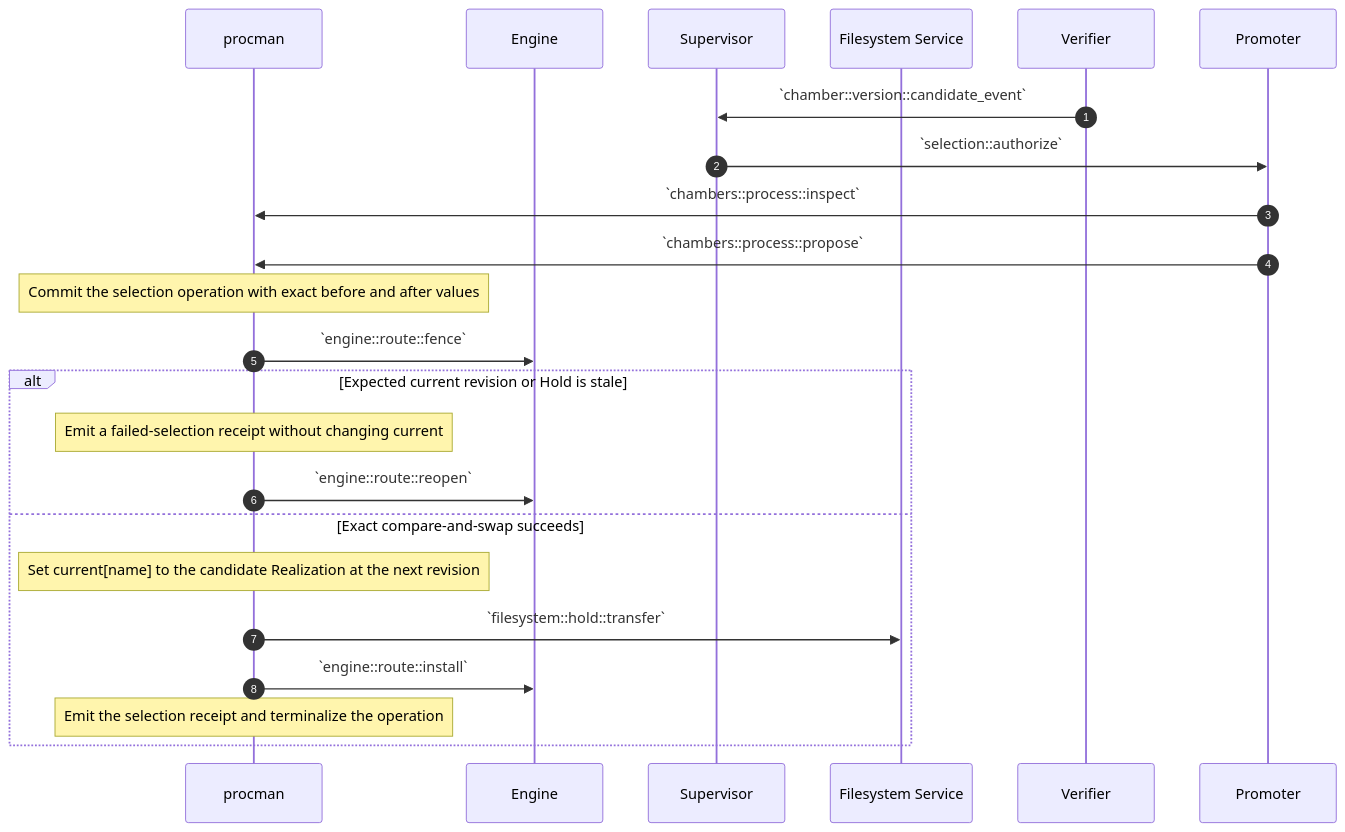
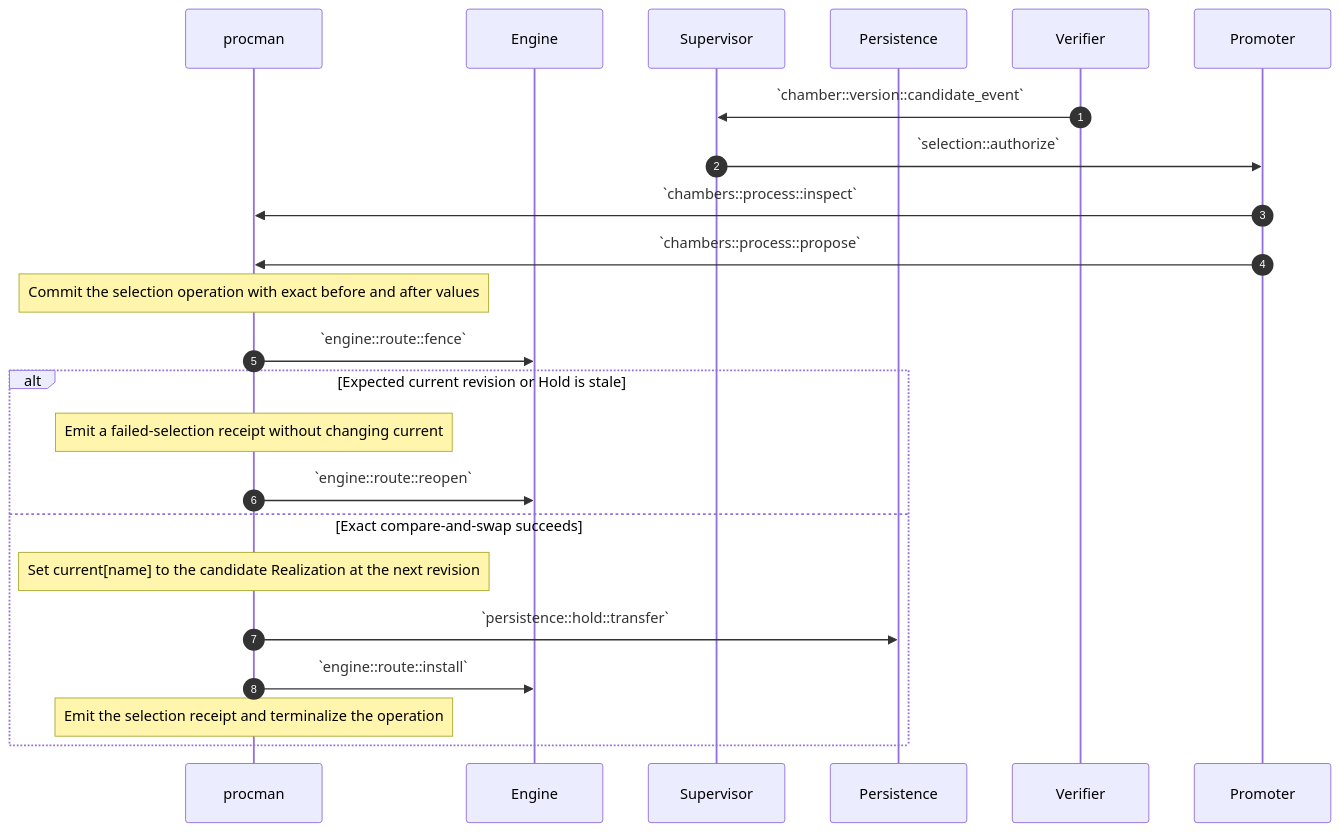
Before and after one commit to dreamcatcher-tech/chambers-lifecycle-explorer: the tenth of 12 diagrams in source/chambers-lifecycle-sequences.md, drawn with Mermaid. The commit also changed other lines of this file and 8 other files, not shown here.

````diff
--- a/source/chambers-lifecycle-sequences.md
+++ b/source/chambers-lifecycle-sequences.md
@@ -1006,29 +1114,29 @@
 ```mermaid
 sequenceDiagram
     autonumber
     participant procman
     participant Engine
     participant Supervisor
-    participant Filesystem as Filesystem Service
+    participant Persistence
     participant Verifier
     participant Promoter
 
     Verifier->>Supervisor: `chamber::version::candidate_event`
     Supervisor->>Promoter: `selection::authorize`
     Promoter->>procman: `chambers::process::inspect`
     Promoter->>procman: `chambers::process::propose`
 
     Note over procman: Commit the selection operation with exact before and after values
     procman->>Engine: `engine::route::fence`
 
     alt Expected current revision or Hold is stale
         Note over procman: Emit a failed-selection receipt without changing current
         procman->>Engine: `engine::route::reopen`
     else Exact compare-and-swap succeeds
         Note over procman: Set current[name] to the candidate Realization at the next revision
-        procman->>Filesystem: `filesystem::hold::transfer`
+        procman->>Persistence: `persistence::hold::transfer`
         procman->>Engine: `engine::route::install`
         Note over procman: Emit the selection receipt and terminalize the operation
     end
 
 ```
````
